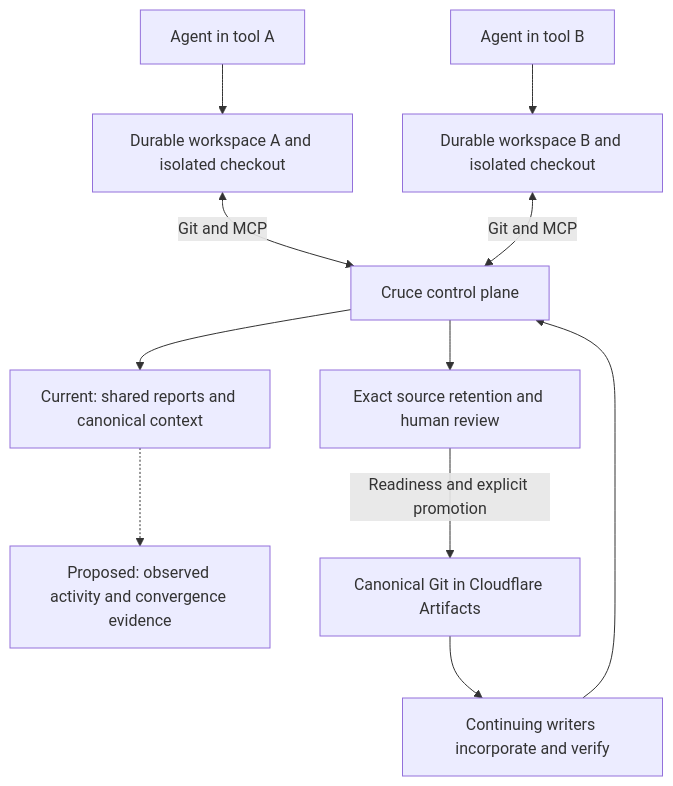
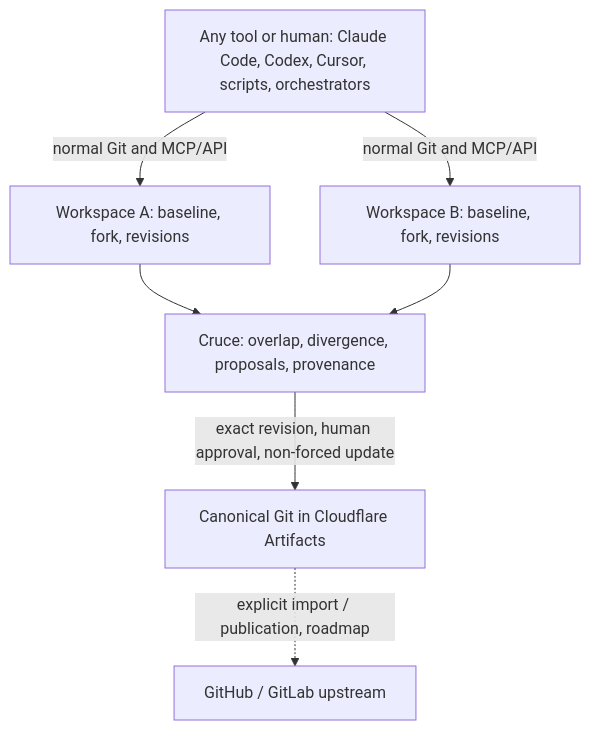
The diagram in README.md (acltabontabon/cruce), drawn with Mermaid before and after one commit. The commit also changed other lines of this file and 48 other files, not shown here.

First line of the commit message:
refactor!: reset Cruce around durable Git coordination

````diff
--- a/README.md
+++ b/README.md
@@ -11,13 +11,9 @@
 ```mermaid
 flowchart TB
-    A[Agent in tool A] --> WA[Durable workspace A and isolated checkout]
-    B[Agent in tool B] --> WB[Durable workspace B and isolated checkout]
-    WA <-->|Git and MCP| C[Cruce control plane]
-    WB <-->|Git and MCP| C
-    C --> O[Current: shared reports and canonical context]
-    O -.-> E[Proposed: observed activity and convergence evidence]
-    C --> R[Exact source retention and human review]
-    R -->|Readiness and explicit promotion| G[Canonical Git in Cloudflare Artifacts]
-    G --> F[Continuing writers incorporate and verify]
-    F --> C
+    X[Any tool or human: Claude Code, Codex, Cursor, scripts, orchestrators] -->|normal Git and MCP/API| WA[Workspace A: baseline, fork, revisions]
+    X -->|normal Git and MCP/API| WB[Workspace B: baseline, fork, revisions]
+    WA --> C[Cruce: overlap, divergence, proposals, provenance]
+    WB --> C
+    C -->|exact revision, human approval, non-forced update| G[Canonical Git in Cloudflare Artifacts]
+    G -. explicit import / publication, roadmap .-> U[GitHub / GitLab upstream]
 ```
````
